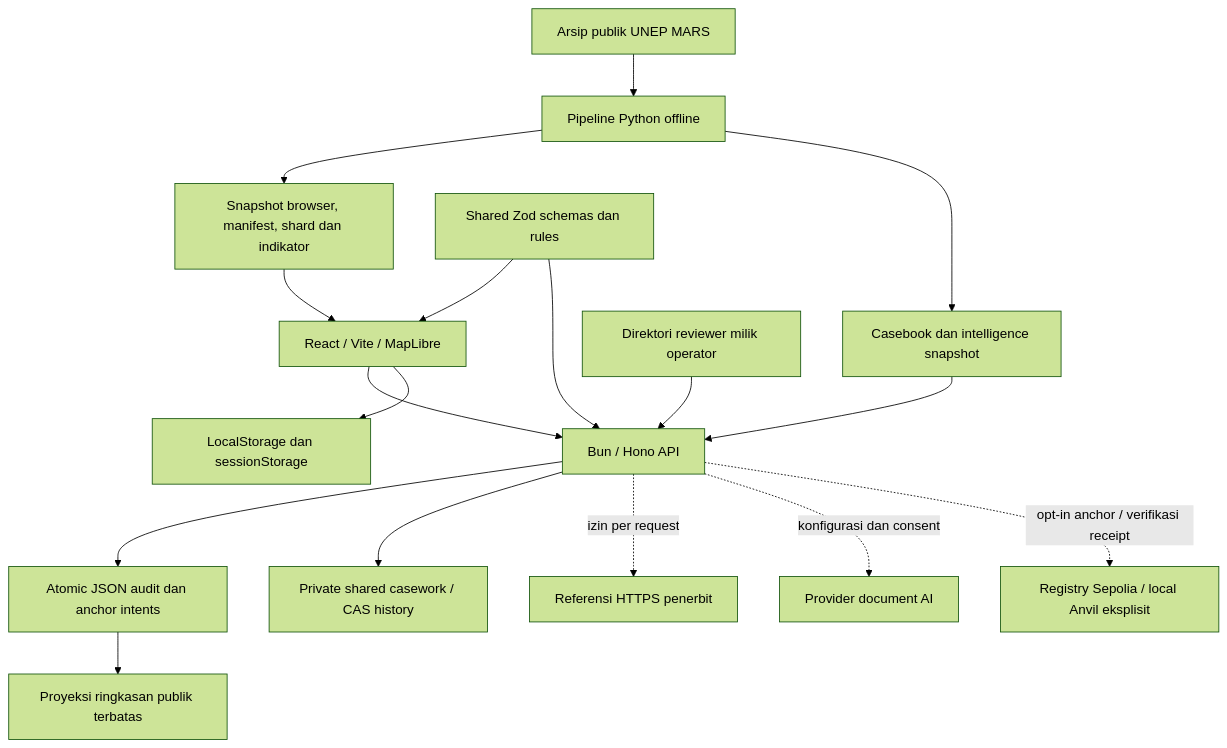
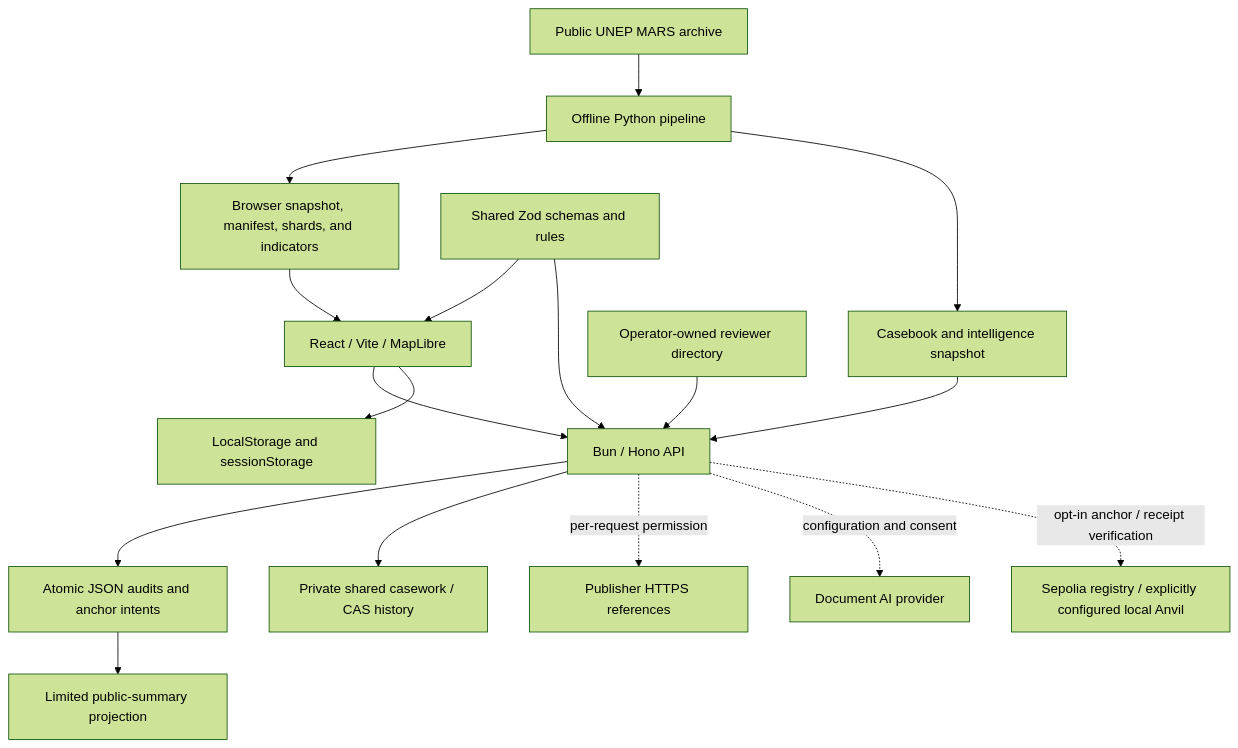
One commit to AndroLay/MethaneResponse changed the first of 2 diagrams in docs/architecture/overview.md. Above: the diagram before and after it, drawn with Mermaid (forest theme). The commit also changed other lines of this file and 127 other files, not shown here.

````diff
--- a/docs/architecture/overview.md
+++ b/docs/architecture/overview.md
@@ -9,19 +9,19 @@
 ```mermaid
 flowchart TB
-  UNEP[Arsip publik UNEP MARS] --> PIPE[Pipeline Python offline]
-  PIPE --> STATIC[Snapshot browser, manifest, shard dan indikator]
-  PIPE --> ANALYSIS[Casebook dan intelligence snapshot]
+  UNEP[Public UNEP MARS archive] --> PIPE[Offline Python pipeline]
+  PIPE --> STATIC[Browser snapshot, manifest, shards, and indicators]
+  PIPE --> ANALYSIS[Casebook and intelligence snapshot]
   STATIC --> WEB[React / Vite / MapLibre]
   WEB --> API[Bun / Hono API]
   ANALYSIS --> API
-  SHARED[Shared Zod schemas dan rules] --> WEB
+  SHARED[Shared Zod schemas and rules] --> WEB
   SHARED --> API
-  API --> STORE[Atomic JSON audit dan anchor intents]
+  API --> STORE[Atomic JSON audits and anchor intents]
   API --> TEAM[Private shared casework / CAS history]
-  WEB --> BROWSER[LocalStorage dan sessionStorage]
-  API -. izin per request .-> FETCH[Referensi HTTPS penerbit]
-  API -. konfigurasi dan consent .-> MODEL[Provider document AI]
-  DIRECTORY[Direktori reviewer milik operator] --> API
-  STORE --> PUBLIC[Proyeksi ringkasan publik terbatas]
-  API -. opt-in anchor / verifikasi receipt .-> CHAIN[Registry Sepolia / local Anvil eksplisit]
+  WEB --> BROWSER[LocalStorage and sessionStorage]
+  API -. per-request permission .-> FETCH[Publisher HTTPS references]
+  API -. configuration and consent .-> MODEL[Document AI provider]
+  DIRECTORY[Operator-owned reviewer directory] --> API
+  STORE --> PUBLIC[Limited public-summary projection]
+  API -. opt-in anchor / receipt verification .-> CHAIN[Sepolia registry / explicitly configured local Anvil]
 ```
````
